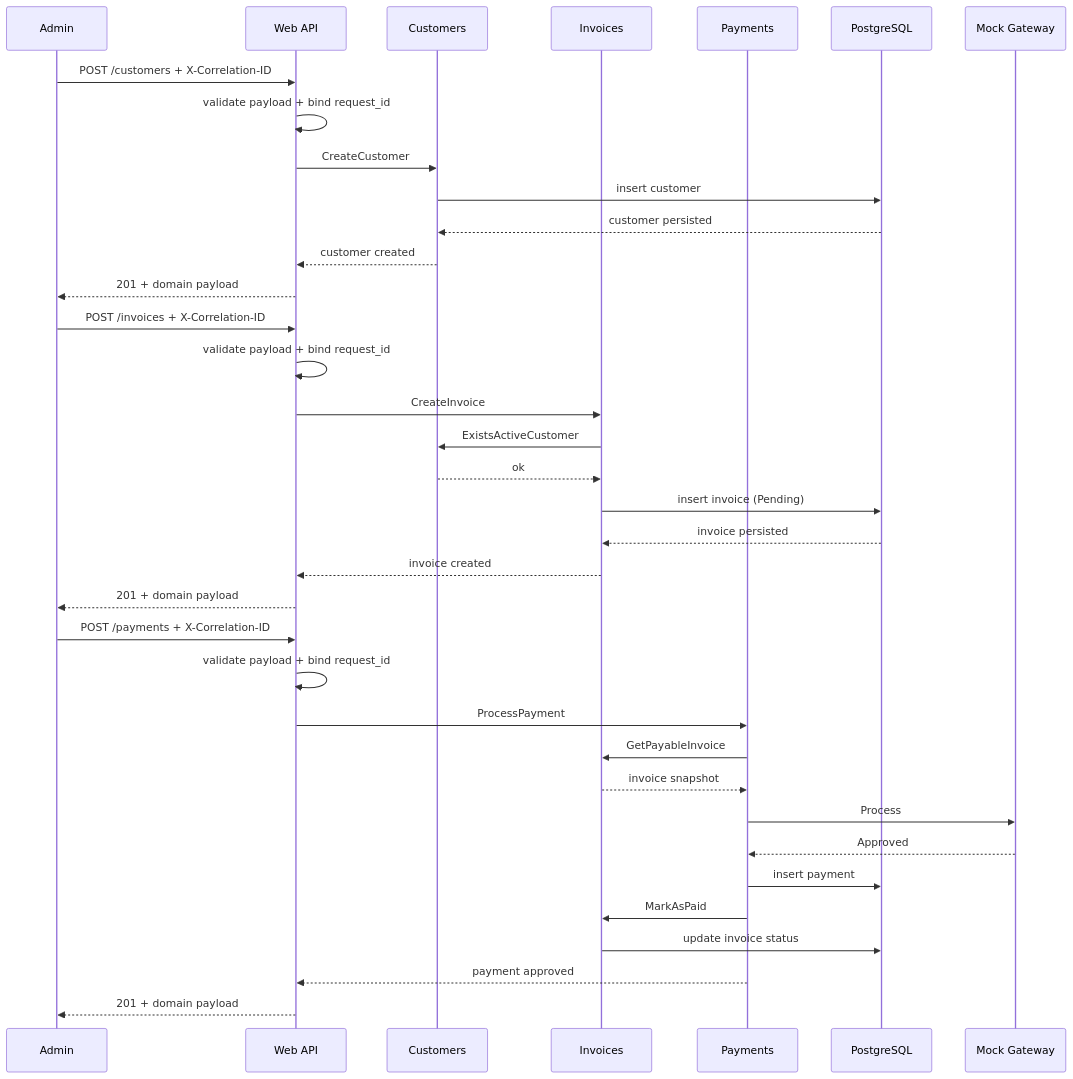
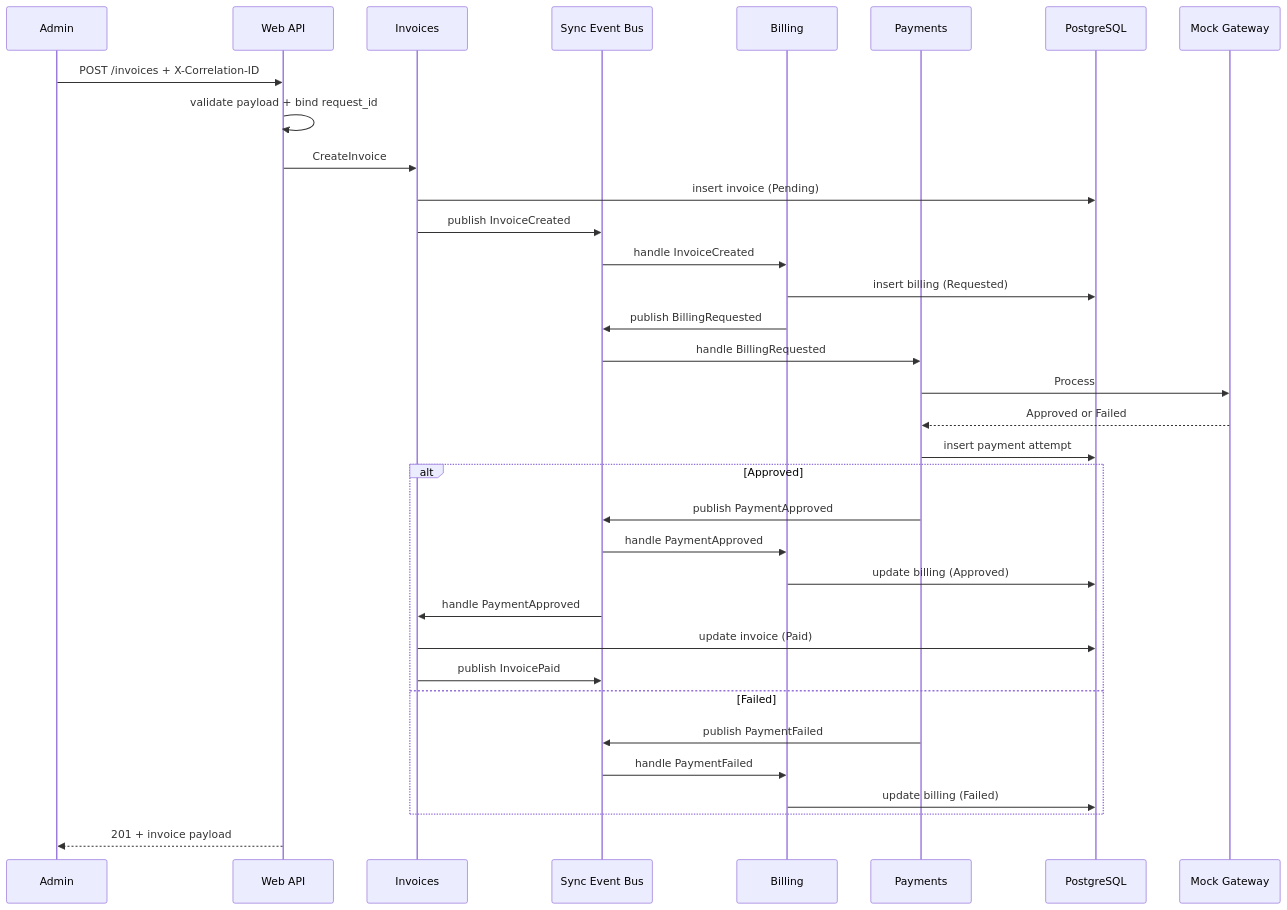
One commit to rgomids/atlas-erp-core changed the fourth of 6 diagrams in docs/diagrams/architecture.md. Above: the diagram before and after it, drawn with Mermaid. The commit also changed other lines of this file and 64 other files, not shown here.

Commit message:
Implement phase 3 internal event-driven billing flow (#4)

````diff
--- a/docs/diagrams/architecture.md
+++ b/docs/diagrams/architecture.md
@@ -69,41 +77,37 @@
 ```mermaid
 sequenceDiagram
     participant Admin
     participant API as Web API
-    participant Customers
     participant Invoices
+    participant Bus as Sync Event Bus
+    participant Billing
     participant Payments
     participant DB as PostgreSQL
     participant Gateway as Mock Gateway
 
-    Admin->>API: POST /customers + X-Correlation-ID
-    API->>API: validate payload + bind request_id
-    API->>Customers: CreateCustomer
-    Customers->>DB: insert customer
-    DB-->>Customers: customer persisted
-    Customers-->>API: customer created
-    API-->>Admin: 201 + domain payload
-
     Admin->>API: POST /invoices + X-Correlation-ID
     API->>API: validate payload + bind request_id
     API->>Invoices: CreateInvoice
-    Invoices->>Customers: ExistsActiveCustomer
-    Customers-->>Invoices: ok
     Invoices->>DB: insert invoice (Pending)
-    DB-->>Invoices: invoice persisted
-    Invoices-->>API: invoice created
-    API-->>Admin: 201 + domain payload
-
-    Admin->>API: POST /payments + X-Correlation-ID
-    API->>API: validate payload + bind request_id
-    API->>Payments: ProcessPayment
-    Payments->>Invoices: GetPayableInvoice
-    Invoices-->>Payments: invoice snapshot
+    Invoices->>Bus: publish InvoiceCreated
+    Bus->>Billing: handle InvoiceCreated
+    Billing->>DB: insert billing (Requested)
+    Billing->>Bus: publish BillingRequested
+    Bus->>Payments: handle BillingRequested
     Payments->>Gateway: Process
-    Gateway-->>Payments: Approved
-    Payments->>DB: insert payment
-    Payments->>Invoices: MarkAsPaid
-    Invoices->>DB: update invoice status
-    Payments-->>API: payment approved
-    API-->>Admin: 201 + domain payload
+    Gateway-->>Payments: Approved or Failed
+    Payments->>DB: insert payment attempt
+    alt Approved
+        Payments->>Bus: publish PaymentApproved
+        Bus->>Billing: handle PaymentApproved
+        Billing->>DB: update billing (Approved)
+        Bus->>Invoices: handle PaymentApproved
+        Invoices->>DB: update invoice (Paid)
+        Invoices->>Bus: publish InvoicePaid
+    else Failed
+        Payments->>Bus: publish PaymentFailed
+        Bus->>Billing: handle PaymentFailed
+        Billing->>DB: update billing (Failed)
+    end
+    API-->>Admin: 201 + invoice payload
 ```
````
